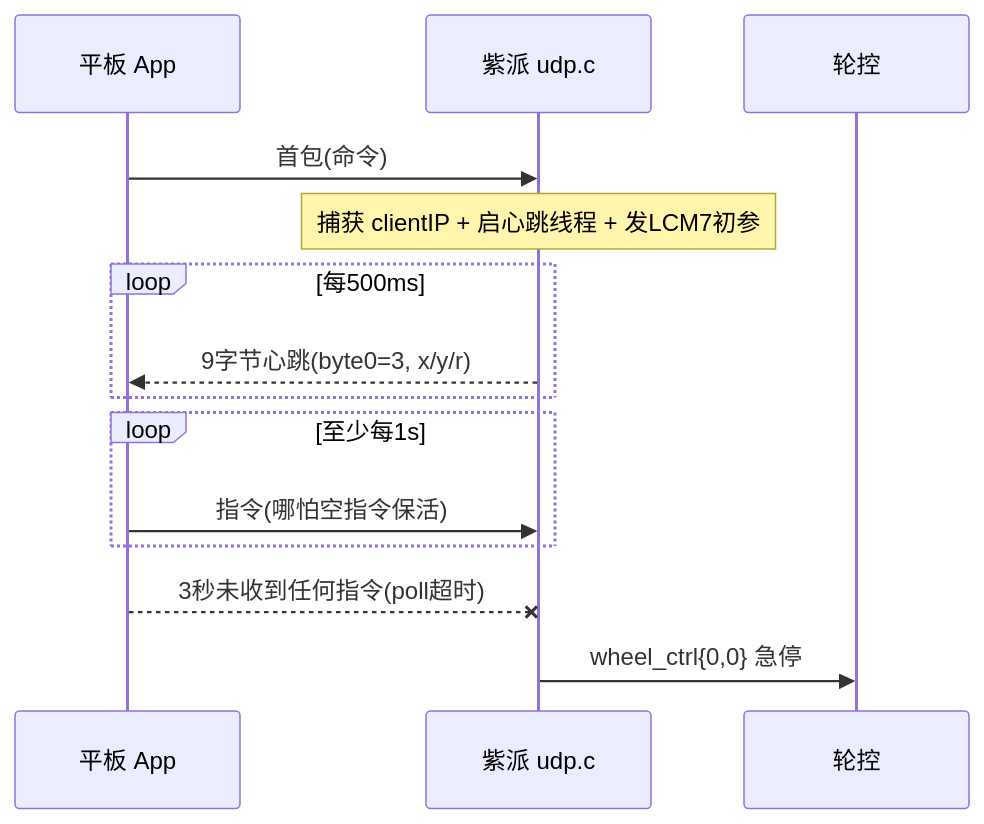
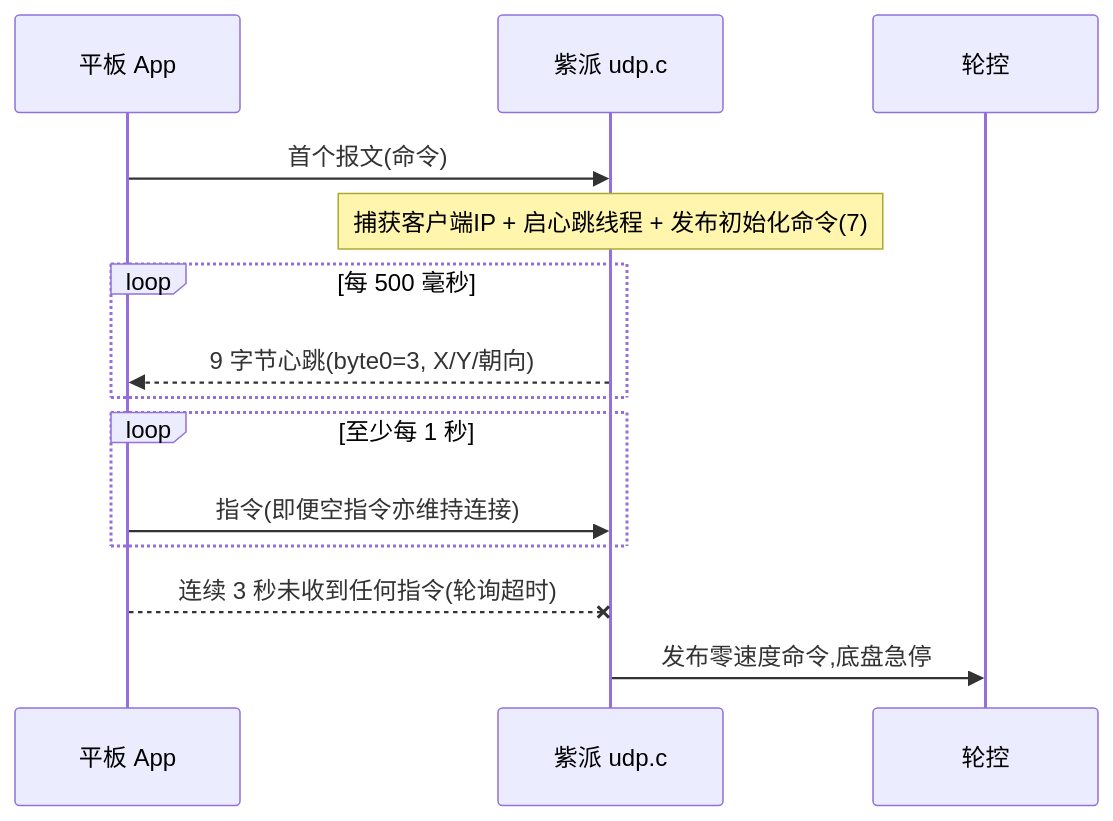
Before and after one commit to Drahann/OpenHarmonyCar: the fifth of 33 diagrams in 竞赛文档/作品设计文档.md, drawn with Mermaid. The commit also changed other lines of this file and 37 other files, not shown here.

````diff
--- a/竞赛文档/作品设计文档.md
+++ b/竞赛文档/作品设计文档.md
@@ -349,16 +331,16 @@
 ```mermaid
 sequenceDiagram
   participant App as 平板 App
   participant Bridge as 紫派 udp.c
   participant Wheel as 轮控
-  App->>Bridge: 首包(命令)
-  Note over Bridge: 捕获 clientIP + 启心跳线程 + 发LCM7初参
-  loop 每500ms
-    Bridge-->>App: 9字节心跳(byte0=3, x/y/r)
+  App->>Bridge: 首个报文(命令)
+  Note over Bridge: 捕获客户端IP + 启心跳线程 + 发布初始化命令(7)
+  loop 每 500 毫秒
+    Bridge-->>App: 9 字节心跳(byte0=3, X/Y/朝向)
   end
-  loop 至少每1s
-    App->>Bridge: 指令(哪怕空指令保活)
+  loop 至少每 1 秒
+    App->>Bridge: 指令(即便空指令亦维持连接)
   end
-  App--xBridge: 3秒未收到任何指令(poll超时)
-  Bridge->>Wheel: wheel_ctrl{0,0} 急停
+  App--xBridge: 连续 3 秒未收到任何指令(轮询超时)
+  Bridge->>Wheel: 发布零速度命令,底盘急停
 ```
````
